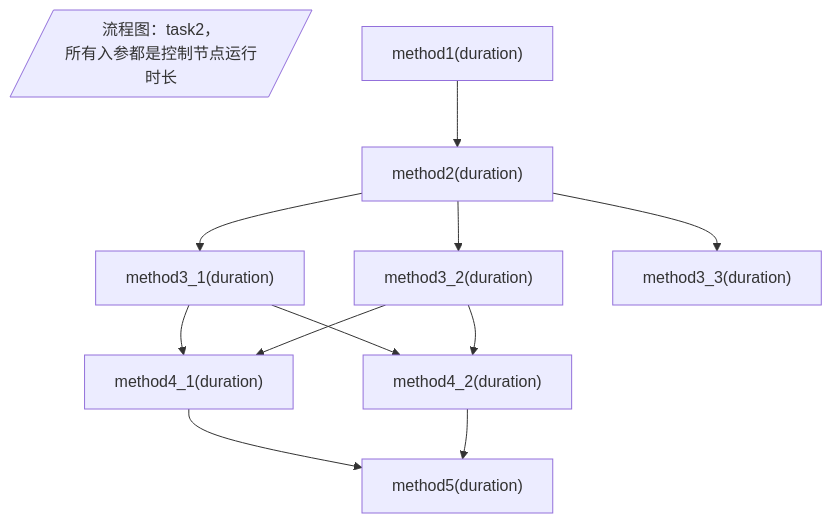
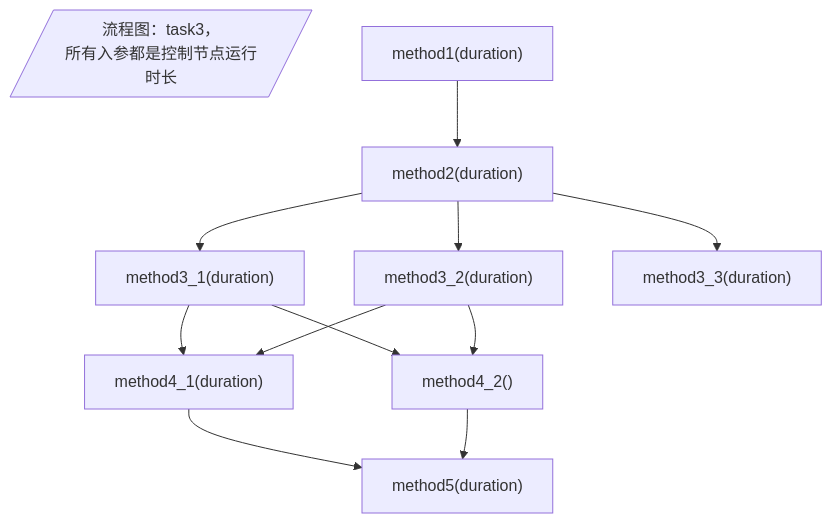
One commit to dominic-z/talk-is-cheap changed the fifth of 5 diagrams in project/free-flow/free-flow/测试案例.md. Above: the diagram before and after it, drawn with Mermaid. The commit also changed other lines of this file and 22 other files, not shown here.

````diff
--- a/project/free-flow/free-flow/测试案例.md
+++ b/project/free-flow/free-flow/测试案例.md
@@ -138,17 +138,17 @@
 ```mermaid
 
 
 flowchart TD 
 
-A[/"流程图：task2，\n所有入参都是控制节点运行时长"/]
+A[/"流程图：task3，\n所有入参都是控制节点运行时长"/]
 m1["method1(duration)"]
 m2["method2(duration)"]
 m3_1["method3_1(duration)"]
 m3_2["method3_2(duration)"]
 m3_3["method3_3(duration)"]
 m4_1["method4_1(duration)"]
-m4_2["method4_2(duration)"]
+m4_2["method4_2()"]
 m5["method5(duration)"]
 m1 --> m2 --> m3_1 & m3_2 --> m4_1 & m4_2 --> m5
 m2 --> m3_3
 ```
````
